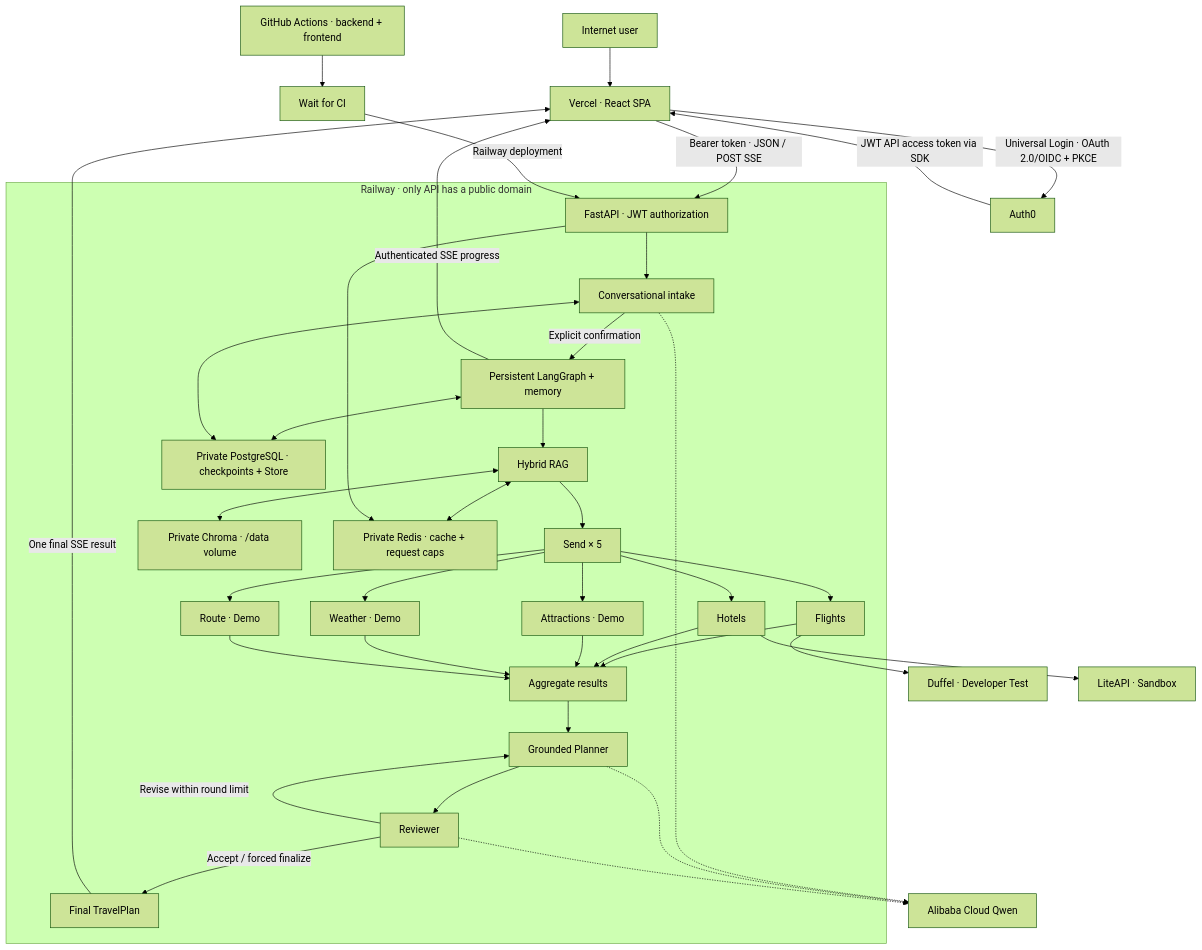
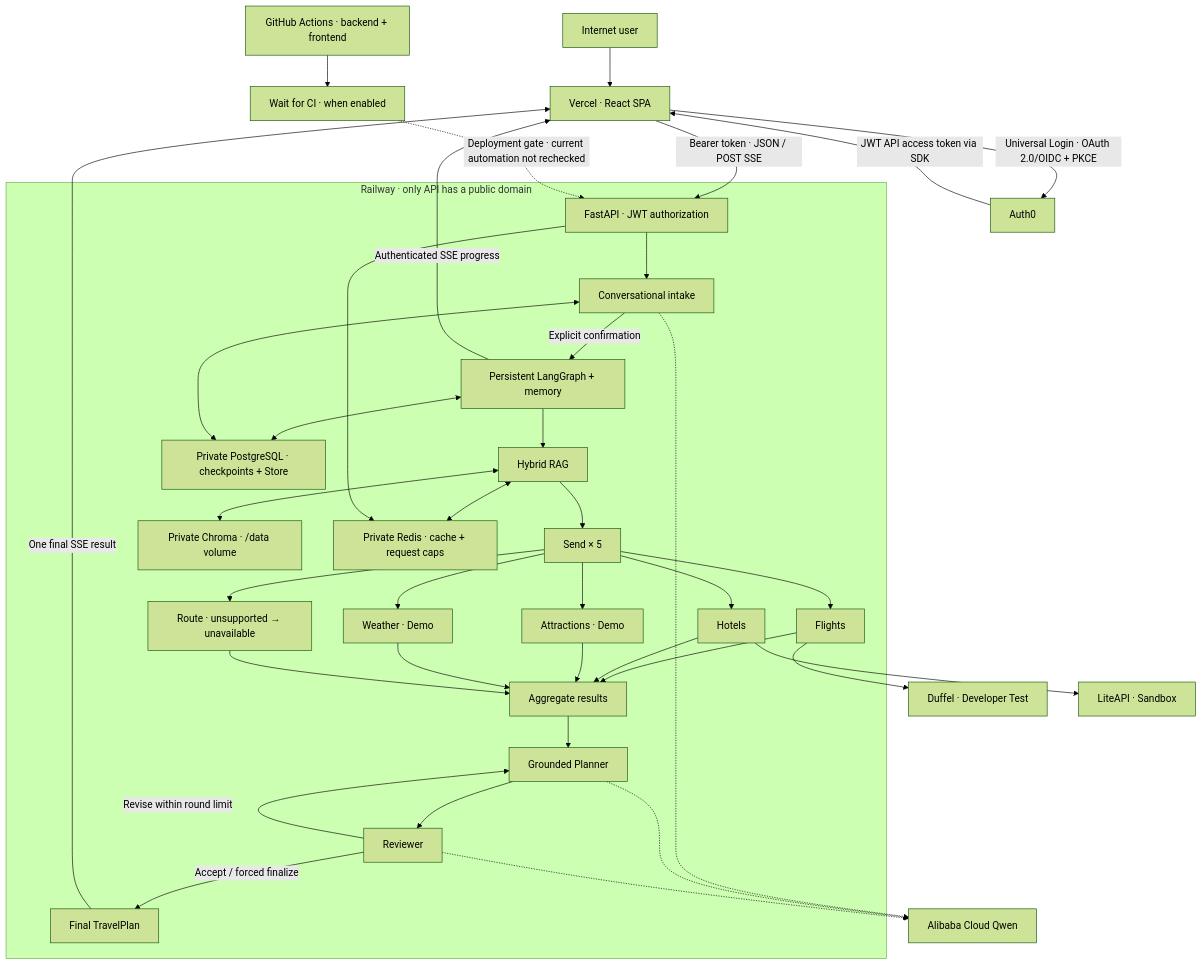
Before and after one commit to zoomwill/ai-travel-planning-agent: the diagram in README.md, drawn with Mermaid (forest theme). The commit also changed other lines of this file and 4 other files, not shown here.

````diff
--- a/README.md
+++ b/README.md
@@ -176,37 +198,37 @@
 ```mermaid
 flowchart TD
     U["Internet user"] --> UI["Vercel · React SPA"]
     UI -->|"Universal Login · OAuth 2.0/OIDC + PKCE"| AUTH["Auth0"]
     AUTH -->|"JWT API access token via SDK"| UI
     UI -->|"Bearer token · JSON / POST SSE"| API
 
     subgraph RAILWAY["Railway · only API has a public domain"]
         API["FastAPI · JWT authorization"] --> INTAKE["Conversational intake"]
         INTAKE -->|"Explicit confirmation"| GRAPH["Persistent LangGraph + memory"]
         GRAPH --> RAG["Hybrid RAG"]
         RAG --> FAN["Send × 5"]
         FAN --> F["Flights"]
         FAN --> H["Hotels"]
         FAN --> A["Attractions · Demo"]
         FAN --> W["Weather · Demo"]
-        FAN --> R["Route · Demo"]
+        FAN --> R["Route · unsupported → unavailable"]
         F & H & A & W & R --> AGG["Aggregate results"]
         AGG --> PLANNER["Grounded Planner"]
         PLANNER --> REVIEWER["Reviewer"]
         REVIEWER -->|"Revise within round limit"| PLANNER
         REVIEWER -->|"Accept / forced finalize"| FINAL["Final TravelPlan"]
         GRAPH <--> PG["Private PostgreSQL · checkpoints + Store"]
         INTAKE <--> PG
         RAG <--> CHROMA["Private Chroma · /data volume"]
         RAG <--> REDIS["Private Redis · cache + request caps"]
         API --> REDIS
     end
 
     INTAKE & PLANNER & REVIEWER -.-> QWEN["Alibaba Cloud Qwen"]
     F --> DUFFEL["Duffel · Developer Test"]
     H --> LITEAPI["LiteAPI · Sandbox"]
     GRAPH -->|"Authenticated SSE progress"| UI
     FINAL -->|"One final SSE result"| UI
-    CI["GitHub Actions · backend + frontend"] --> WAIT["Wait for CI"]
-    WAIT -->|"Railway deployment"| API
+    CI["GitHub Actions · backend + frontend"] --> WAIT["Wait for CI · when enabled"]
+    WAIT -.->|"Deployment gate · current automation not rechecked"| API
 ```
````
